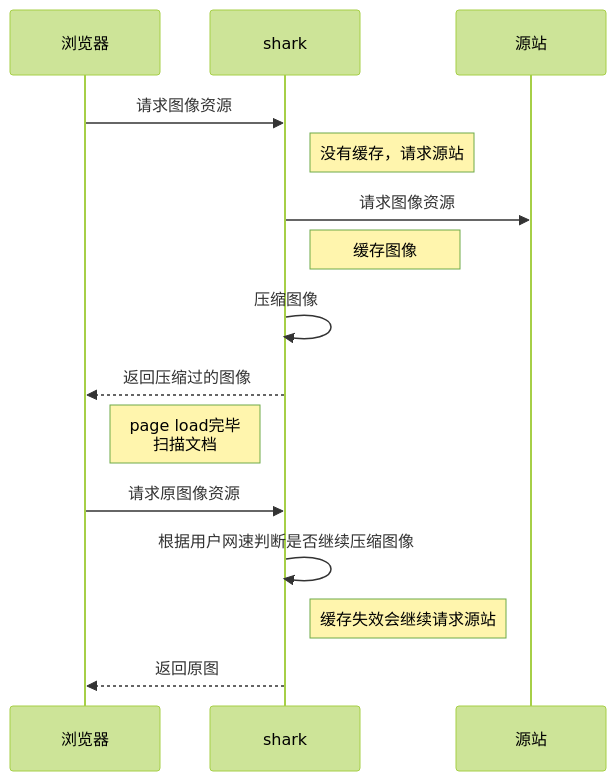
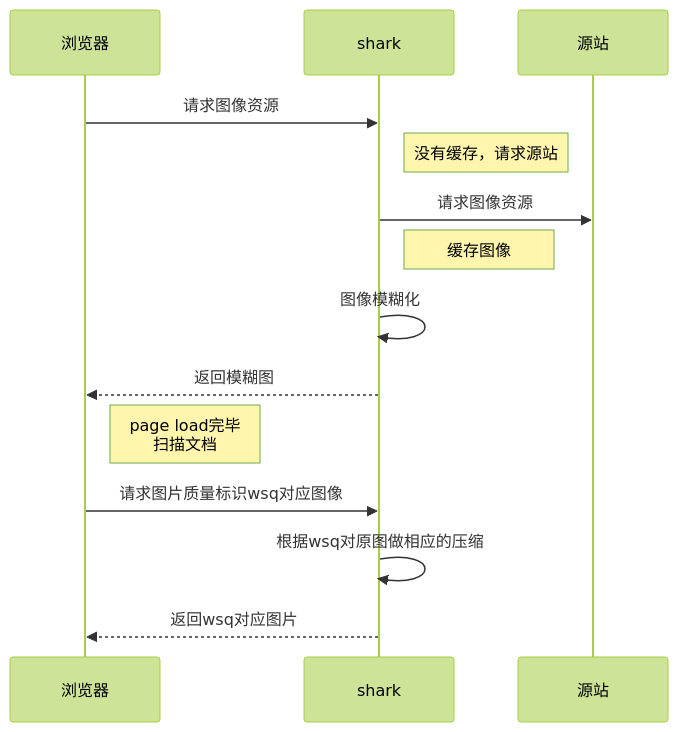
One commit to francecil/blog changed the second of 6 diagrams in Learning/2018Q2/图片分层加载.md. Above: the diagram before and after it, drawn with Mermaid (forest theme). The commit also changed other lines of this file and 14 other files, not shown here.

````diff
--- a/Learning/2018Q2/图片分层加载.md
+++ b/Learning/2018Q2/图片分层加载.md
@@ -69,17 +69,16 @@
 ```mermaid
 sequenceDiagram
 participant 浏览器
 participant shark
 participant 源站
 浏览器 ->> shark:请求图像资源
 Note right of shark:没有缓存，请求源站
 shark ->> 源站:请求图像资源
 Note right of shark:缓存图像
-shark ->> shark:压缩图像
-shark -->> 浏览器:返回压缩过的图像
+shark ->> shark:图像模糊化
+shark -->> 浏览器:返回模糊图
 Note right of 浏览器:page load完毕<br/>扫描文档
-浏览器 ->> shark:请求原图像资源
-shark ->> shark:根据用户网速判断是否继续压缩图像
-Note right of shark:缓存失效会继续请求源站
-shark -->>浏览器:返回原图
+浏览器 ->> shark:请求图片质量标识wsq对应图像
+shark ->> shark:根据wsq对原图做相应的压缩
+shark -->>浏览器:返回wsq对应图片
 ```
````
